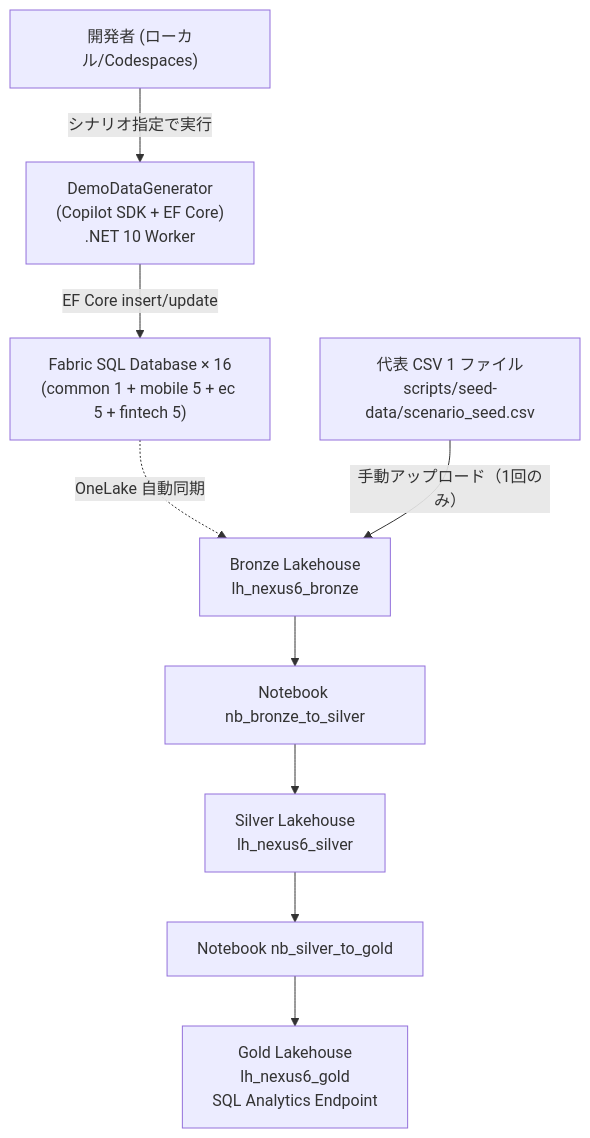
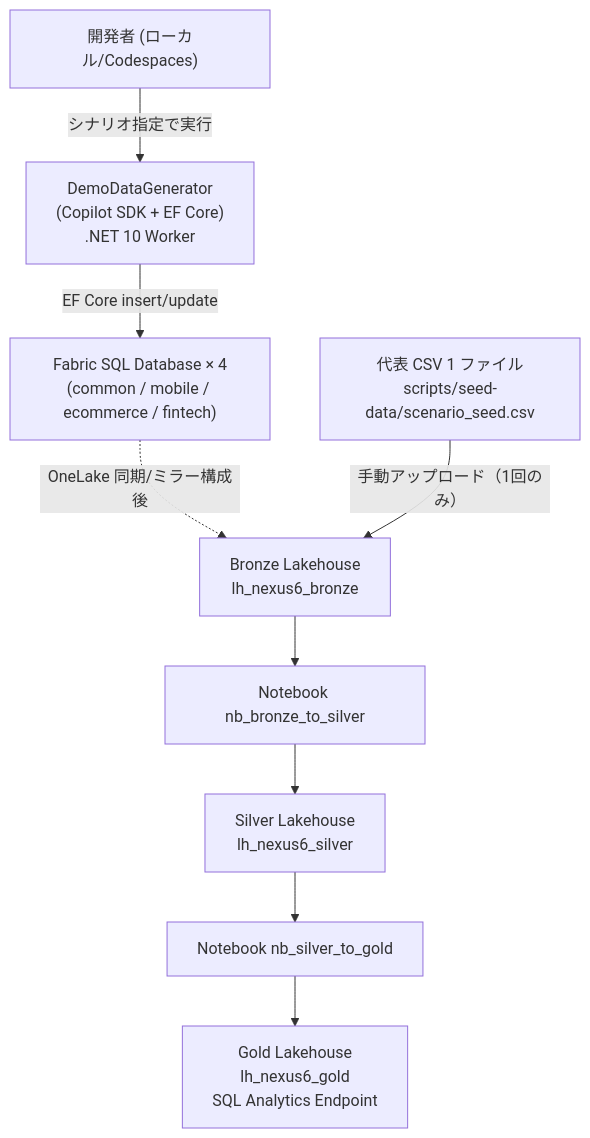
Before and after one commit to Takas0522/nexus6-se-workshop: the second of 2 diagrams in docs/dev-plan/06-fabric-data-ingestion.md, drawn with Mermaid. The commit also changed other lines of this file and 205 other files, not shown here.

````diff
--- a/docs/dev-plan/06-fabric-data-ingestion.md
+++ b/docs/dev-plan/06-fabric-data-ingestion.md
@@ -66,18 +68,18 @@
 ```mermaid
 flowchart TD
     DEV["開発者 (ローカル/Codespaces)"]
     DG["DemoDataGenerator\n(Copilot SDK + EF Core)\n.NET 10 Worker"]
-    SQLDB16["Fabric SQL Database × 16\n(common 1 + mobile 5 + ec 5 + fintech 5)"]
+    SQLDB4["Fabric SQL Database × 4\n(common / mobile / ecommerce / fintech)"]
     SEED["代表 CSV 1 ファイル\nscripts/seed-data/scenario_seed.csv"]
     BR["Bronze Lakehouse\nlh_nexus6_bronze"]
     NB1["Notebook nb_bronze_to_silver"]
     SV["Silver Lakehouse\nlh_nexus6_silver"]
     NB2["Notebook nb_silver_to_gold"]
     GD["Gold Lakehouse\nlh_nexus6_gold\nSQL Analytics Endpoint"]
 
     DEV -->|シナリオ指定で実行| DG
-    DG -->|EF Core insert/update| SQLDB16
-    SQLDB16 -.->|OneLake 自動同期| BR
+    DG -->|EF Core insert/update| SQLDB4
+    SQLDB4 -.->|OneLake 同期/ミラー構成後| BR
     SEED -->|手動アップロード（1回のみ）| BR
     BR --> NB1 --> SV --> NB2 --> GD
 ```
````
